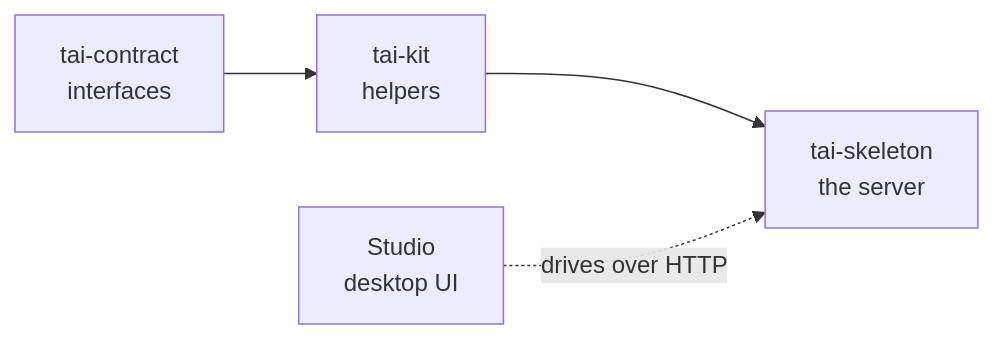
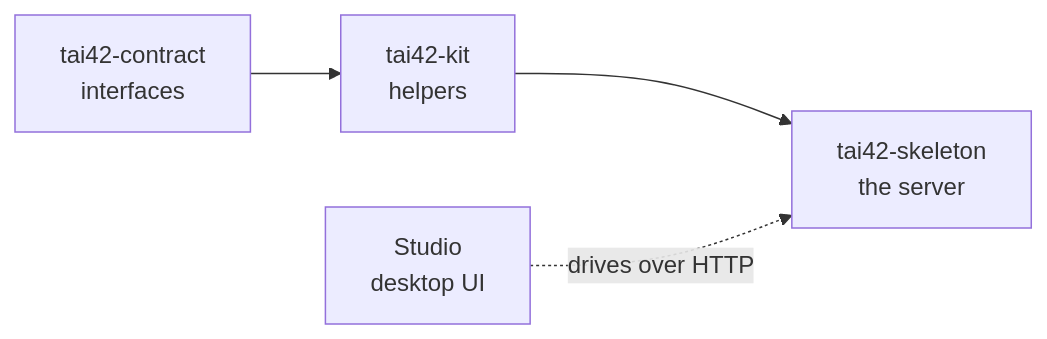
One commit to tai42ai/tai-docs changed the diagram in concepts/layering.mdx. Above: the diagram before and after it, drawn with Mermaid. The commit also changed other lines of this file and 129 other files, not shown here.

````diff
--- a/concepts/layering.mdx
+++ b/concepts/layering.mdx
@@ -12,5 +12,5 @@
 ```mermaid
 flowchart LR
-    C["tai-contract<br/>interfaces"] --> K["tai-kit<br/>helpers"] --> S["tai-skeleton<br/>the server"]
+    C["tai42-contract<br/>interfaces"] --> K["tai42-kit<br/>helpers"] --> S["tai42-skeleton<br/>the server"]
     U["Studio<br/>desktop UI"] -.->|drives over HTTP| S
 ```
````
